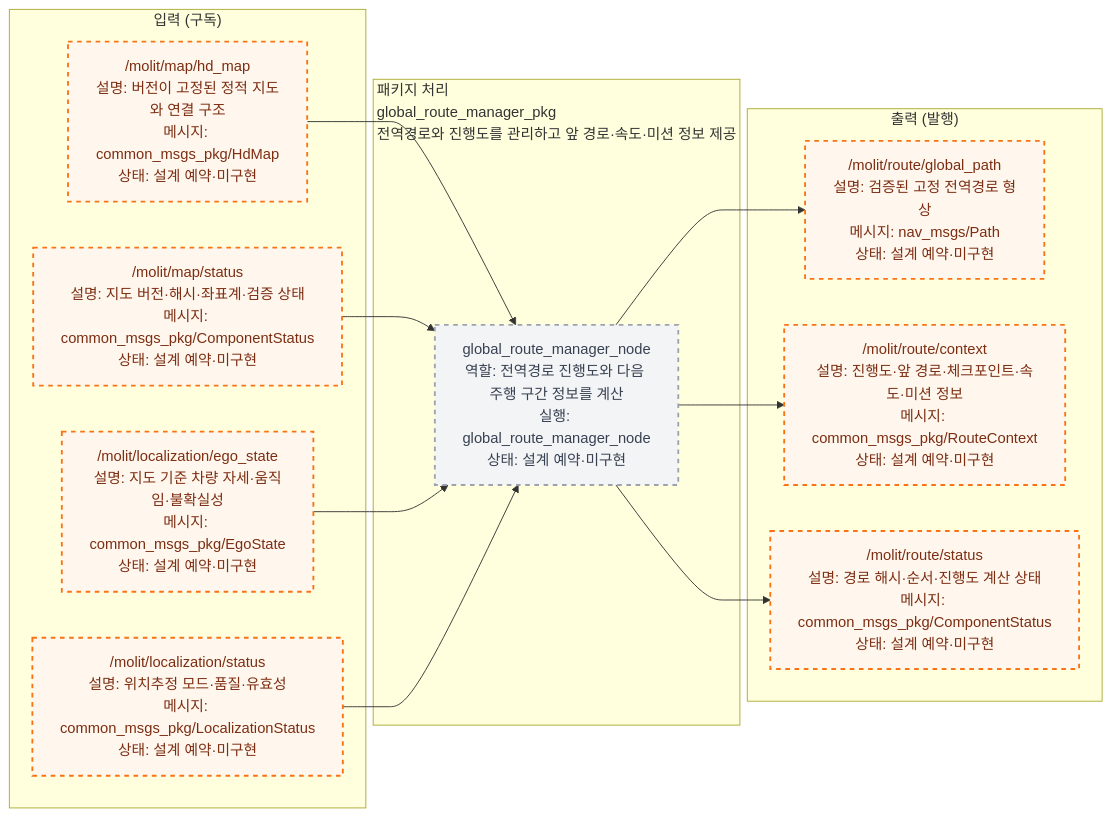
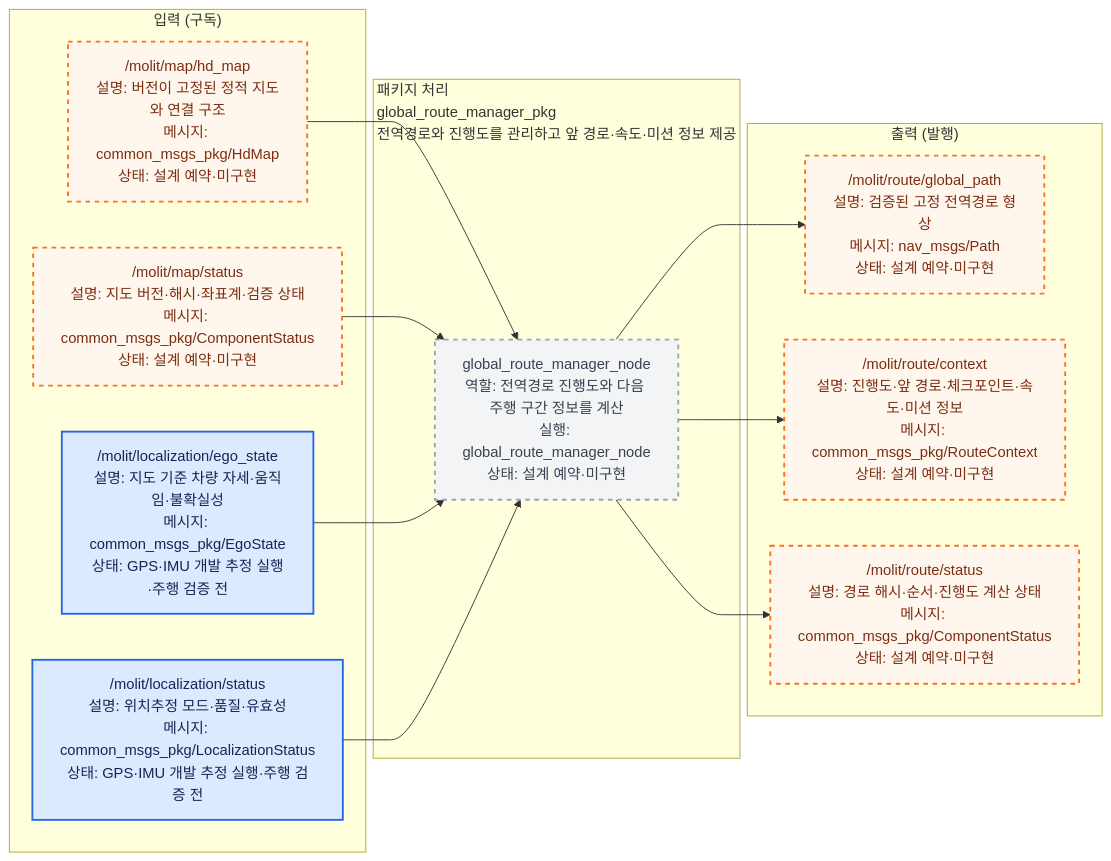
The diagram in src/global_route_manager_pkg/docs/interface_io.mmd (Team-Stier/Morai_Sim_team2), drawn with Mermaid before and after one commit. The commit also changed 145 other files, not shown here.

```diff
--- a/src/global_route_manager_pkg/docs/interface_io.mmd
+++ b/src/global_route_manager_pkg/docs/interface_io.mmd
@@ -1,41 +1,41 @@
 %% AUTO-GENERATED by ros_architecture_pkg/scripts/generate_interface_diagrams.py. DO NOT EDIT.
 %% Source of truth: ros_architecture_pkg/config/interface_contract.yaml
 flowchart LR
     classDef liveNode fill:#dcfce7,color:#14532d,stroke:#16a34a,stroke-width:2px;
     classDef reservedNode fill:#f3f4f6,color:#374151,stroke:#9ca3af,stroke-width:2px,stroke-dasharray: 5 5;
     classDef liveTopic fill:#dbeafe,color:#172554,stroke:#2563eb,stroke-width:2px;
     classDef reservedTopic fill:#fff7ed,color:#7c2d12,stroke:#f97316,stroke-width:2px,stroke-dasharray: 5 5;
     classDef emptyPort fill:#ffffff,color:#6b7280,stroke:#d1d5db,stroke-dasharray: 3 3;
     classDef externalEndpoint fill:#f3e8ff,color:#581c87,stroke:#9333ea,stroke-width:3px;
 
     subgraph INPUTS["입력 (구독)"]
         input_000["/molit/map/hd_map<br/>설명: 버전이 고정된 정적 지도와 연결 구조<br/>메시지: common_msgs_pkg/HdMap<br/>상태: 설계 예약·미구현"]
         input_001["/molit/map/status<br/>설명: 지도 버전·해시·좌표계·검증 상태<br/>메시지: common_msgs_pkg/ComponentStatus<br/>상태: 설계 예약·미구현"]
-        input_002["/molit/localization/ego_state<br/>설명: 지도 기준 차량 자세·움직임·불확실성<br/>메시지: common_msgs_pkg/EgoState<br/>상태: 설계 예약·미구현"]
-        input_003["/molit/localization/status<br/>설명: 위치추정 모드·품질·유효성<br/>메시지: common_msgs_pkg/LocalizationStatus<br/>상태: 설계 예약·미구현"]
+        input_002["/molit/localization/ego_state<br/>설명: 지도 기준 차량 자세·움직임·불확실성<br/>메시지: common_msgs_pkg/EgoState<br/>상태: GPS·IMU 개발 추정 실행·주행 검증 전"]
+        input_003["/molit/localization/status<br/>설명: 위치추정 모드·품질·유효성<br/>메시지: common_msgs_pkg/LocalizationStatus<br/>상태: GPS·IMU 개발 추정 실행·주행 검증 전"]
     end
     subgraph PACKAGE["패키지 처리<br/>global_route_manager_pkg<br/>전역경로와 진행도를 관리하고 앞 경로·속도·미션 정보 제공"]
         local_node_000["global_route_manager_node<br/>역할: 전역경로 진행도와 다음 주행 구간 정보를 계산<br/>실행: global_route_manager_node<br/>상태: 설계 예약·미구현"]
     end
     subgraph OUTPUTS["출력 (발행)"]
         output_000["/molit/route/global_path<br/>설명: 검증된 고정 전역경로 형상<br/>메시지: nav_msgs/Path<br/>상태: 설계 예약·미구현"]
         output_001["/molit/route/context<br/>설명: 진행도·앞 경로·체크포인트·속도·미션 정보<br/>메시지: common_msgs_pkg/RouteContext<br/>상태: 설계 예약·미구현"]
         output_002["/molit/route/status<br/>설명: 경로 해시·순서·진행도 계산 상태<br/>메시지: common_msgs_pkg/ComponentStatus<br/>상태: 설계 예약·미구현"]
     end
 
     input_000 --> local_node_000
     input_001 --> local_node_000
     input_002 --> local_node_000
     input_003 --> local_node_000
     local_node_000 --> output_000
     local_node_000 --> output_001
     local_node_000 --> output_002
 
     class local_node_000 reservedNode;
     class input_000 reservedTopic;
     class input_001 reservedTopic;
-    class input_002 reservedTopic;
-    class input_003 reservedTopic;
+    class input_002 liveTopic;
+    class input_003 liveTopic;
     class output_000 reservedTopic;
     class output_001 reservedTopic;
     class output_002 reservedTopic;
```
